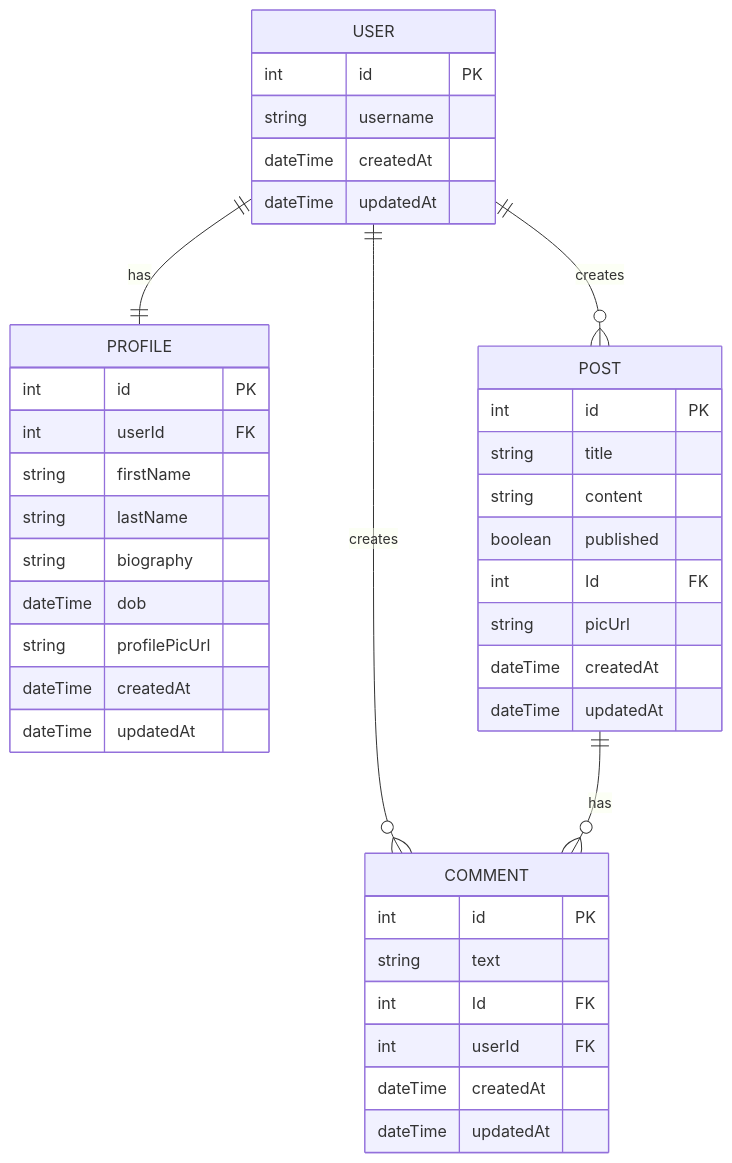
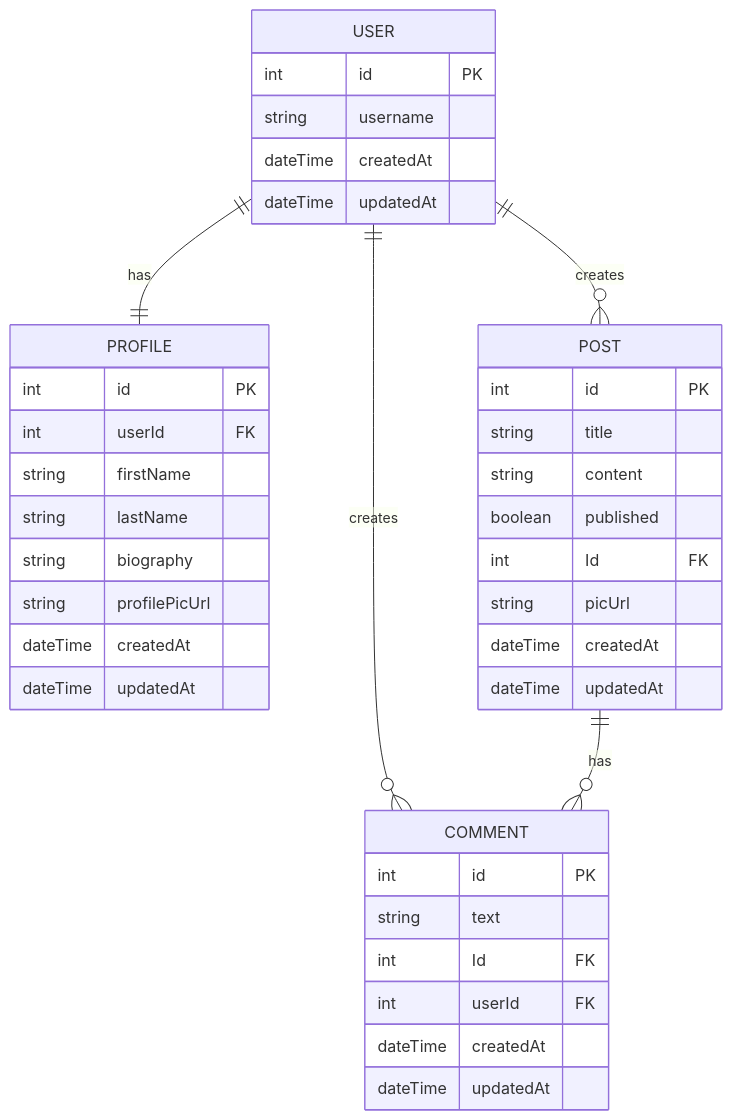
One commit to boolean-uk/database-blog-challenge changed the diagram in erd.md. Above: the diagram before and after it, drawn with Mermaid. The commit also changed 3 other files, not shown here.

````diff
--- a/erd.md
+++ b/erd.md
@@ -3,44 +3,43 @@
 ```mermaid
 erDiagram
 USER ||--|| PROFILE : has
 USER ||--o{ POST : creates
 USER ||--o{ COMMENT : creates
 POST ||--o{ COMMENT : has
 
 USER {
     int         id          PK
     string      username
     dateTime    createdAt
     dateTime    updatedAt 
 }
 COMMENT {
     int         id          PK
     string      text
     int         Id      FK
     int         userId      FK
     dateTime    createdAt
     dateTime    updatedAt 
 }
 PROFILE {
     int         id          PK
     int         userId      FK
     string      firstName
     string      lastName
     string      biography   
-    dateTime    dob        
     string      profilePicUrl 
     dateTime    createdAt
     dateTime    updatedAt 
 }
 POST {
     int         id          PK
     string      title       
     string      content     
     boolean     published    
     int         Id          FK
     string      picUrl                 
     dateTime    createdAt
     dateTime    updatedAt 
 }
 
 ```
````
